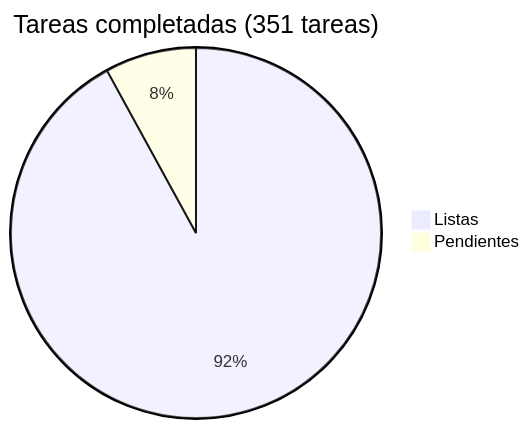
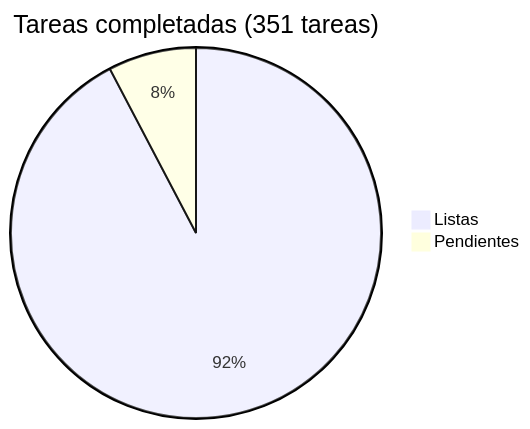
The diagram in docs/roadmap/README.md (araguaney-lat/araguaney), drawn with Mermaid before and after one commit. The commit also changed other lines of this file and 9 other files, not shown here.

````diff
--- a/docs/roadmap/README.md
+++ b/docs/roadmap/README.md
@@ -5,5 +5,5 @@
 ```mermaid
 pie title Tareas completadas (351 tareas)
-    "Listas" : 323
-    "Pendientes" : 28
+    "Listas" : 324
+    "Pendientes" : 27
 ```
````
